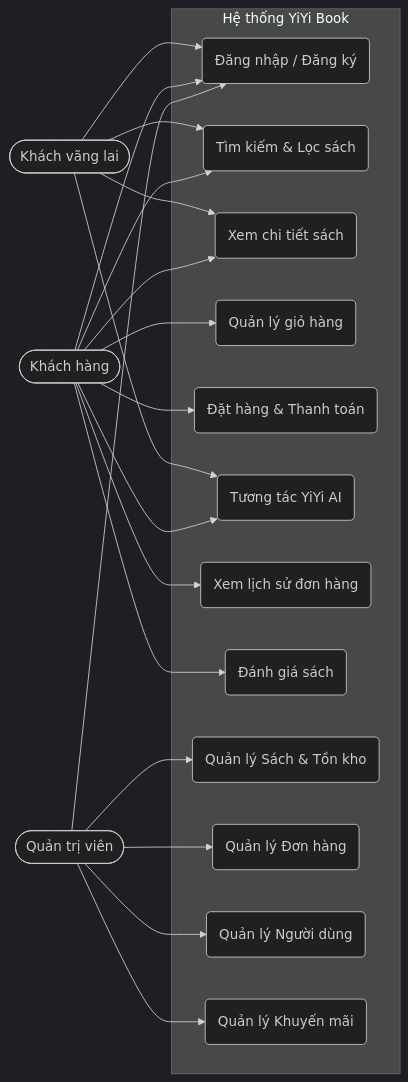
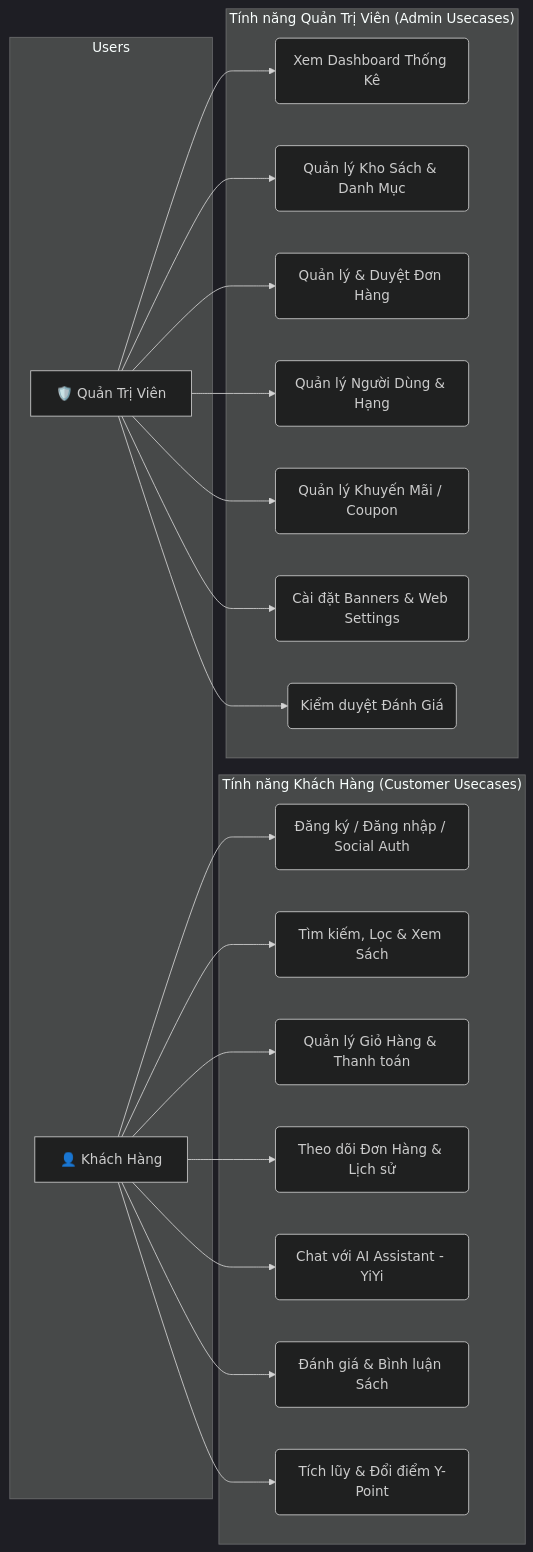
One commit to BryannLee202/TestingProject changed the first of 5 diagrams in README.md. Above: the diagram before and after it, drawn with Mermaid (dark theme). The commit also changed other lines of this file, not shown here.

Commit message:
docs: bổ sung Usecase Diagram, ERD, Cấu trúc Database vào README

````diff
--- a/README.md
+++ b/README.md
@@ -58,42 +146,27 @@
 ```mermaid
 flowchart LR
-    Guest([Khách vãng lai])
-    Customer([Khách hàng])
-    Admin([Quản trị viên])
-
-    subgraph YiYiBook[Hệ thống YiYi Book]
-        UC1(Đăng nhập / Đăng ký)
-        UC2(Tìm kiếm & Lọc sách)
-        UC3(Xem chi tiết sách)
-        UC4(Quản lý giỏ hàng)
-        UC5(Đặt hàng & Thanh toán)
-        UC6(Tương tác YiYi AI)
-        UC7(Xem lịch sử đơn hàng)
-        UC8(Đánh giá sách)
-        
-        UC9(Quản lý Sách & Tồn kho)
-        UC10(Quản lý Đơn hàng)
-        UC11(Quản lý Người dùng)
-        UC12(Quản lý Khuyến mãi)
+    subgraph Users
+        C[👤 Khách Hàng]
+        A[🛡️ Quản Trị Viên]
     end
 
-    Guest --> UC1
-    Guest --> UC2
-    Guest --> UC3
-    Guest --> UC6
+    subgraph "Tính năng Khách Hàng (Customer Usecases)"
+        C --> UC1(Đăng ký / Đăng nhập / Social Auth)
+        C --> UC2(Tìm kiếm, Lọc & Xem Sách)
+        C --> UC3(Quản lý Giỏ Hàng & Thanh toán)
+        C --> UC4(Theo dõi Đơn Hàng & Lịch sử)
+        C --> UC5(Chat với AI Assistant - YiYi)
+        C --> UC6(Đánh giá & Bình luận Sách)
+        C --> UC7(Tích lũy & Đổi điểm Y-Point)
+    end
 
-    Customer --> UC1
-    Customer --> UC2
-    Customer --> UC3
-    Customer --> UC4
-    Customer --> UC5
-    Customer --> UC6
-    Customer --> UC7
-    Customer --> UC8
-
-    Admin --> UC1
-    Admin --> UC9
-    Admin --> UC10
-    Admin --> UC11
-    Admin --> UC12
+    subgraph "Tính năng Quản Trị Viên (Admin Usecases)"
+        A --> UA1(Xem Dashboard Thống Kê)
+        A --> UA2(Quản lý Kho Sách & Danh Mục)
+        A --> UA3(Quản lý & Duyệt Đơn Hàng)
+        A --> UA4(Quản lý Người Dùng & Hạng)
+        A --> UA5(Quản lý Khuyến Mãi / Coupon)
+        A --> UA6(Cài đặt Banners & Web Settings)
+        A --> UA7(Kiểm duyệt Đánh Giá)
+    end
 ```
````
